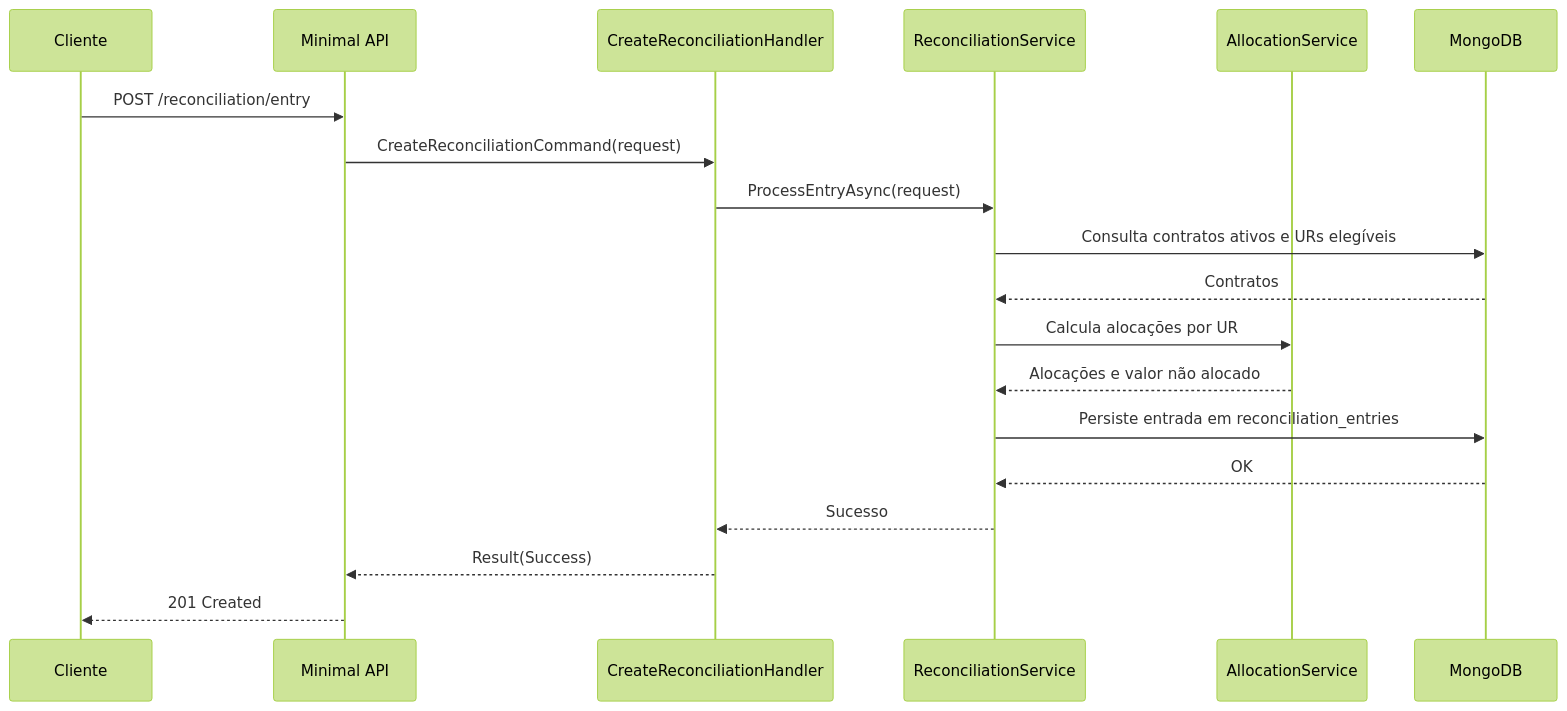
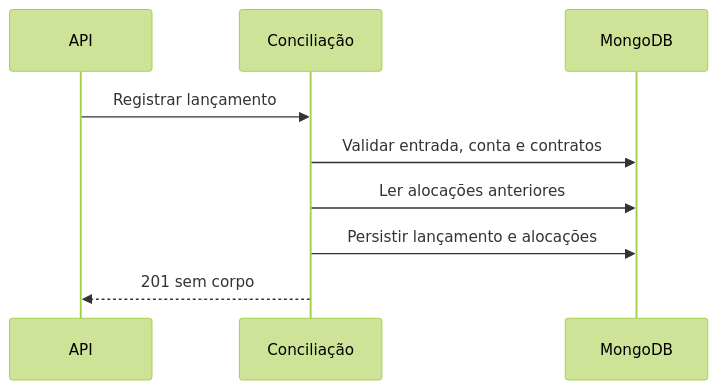
The second of 2 diagrams in docs/handlers/CreateReconciliationHandler.md (Marcus-V-Freitas/MVFC.Veragi.Simulator), drawn with Mermaid (forest theme) before and after one commit. The commit also changed other lines of this file and 18 other files, not shown here.

````diff
--- a/docs/handlers/CreateReconciliationHandler.md
+++ b/docs/handlers/CreateReconciliationHandler.md
@@ -26,21 +43,11 @@
 ```mermaid
 sequenceDiagram
-    participant C as Cliente
-    participant A as Minimal API
-    participant H as CreateReconciliationHandler
-    participant S as ReconciliationService
-    participant L as AllocationService
+    participant A as API
+    participant S as Conciliação
     participant M as MongoDB
-    C->>A: POST /reconciliation/entry
-    A->>H: CreateReconciliationCommand(request)
-    H->>S: ProcessEntryAsync(request)
-    S->>M: Consulta contratos ativos e URs elegíveis
-    M-->>S: Contratos
-    S->>L: Calcula alocações por UR
-    L-->>S: Alocações e valor não alocado
-    S->>M: Persiste entrada em reconciliation_entries
-    M-->>S: OK
-    S-->>H: Sucesso
-    H-->>A: Result(Success)
-    A-->>C: 201 Created
+    A->>S: Registrar lançamento
+    S->>M: Validar entrada, conta e contratos
+    S->>M: Ler alocações anteriores
+    S->>M: Persistir lançamento e alocações
+    S-->>A: 201 sem corpo
 ```
````
